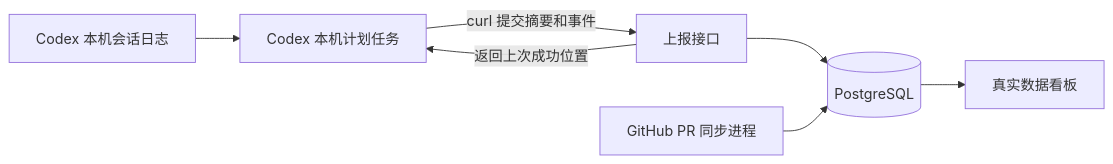
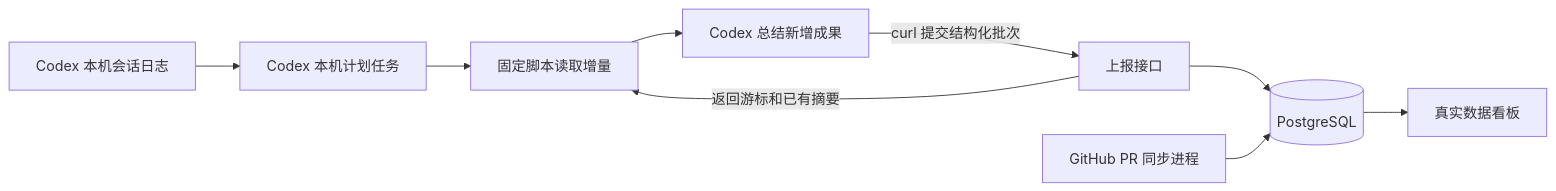
One commit to jiawei-wang-backup/project-pulse changed the diagram in 技术方案.md. Above: the diagram before and after it, drawn with Mermaid. The commit also changed other lines of this file and 3 other files, not shown here.

````diff
--- a/技术方案.md
+++ b/技术方案.md
@@ -9,9 +9,11 @@
 ```mermaid
 flowchart LR
   A[Codex 本机会话日志] --> B[Codex 本机计划任务]
-  B -->|curl 提交摘要和事件| E[上报接口]
-  E -->|返回上次成功位置| B
+  B --> C[固定脚本读取增量]
+  C --> D[Codex 总结新增成果]
+  D -->|curl 提交结构化批次| E[上报接口]
+  E -->|返回游标和已有摘要| C
   E --> F[(PostgreSQL)]
   G[GitHub PR 同步进程] --> F
   F --> H[真实数据看板]
 ```
````
